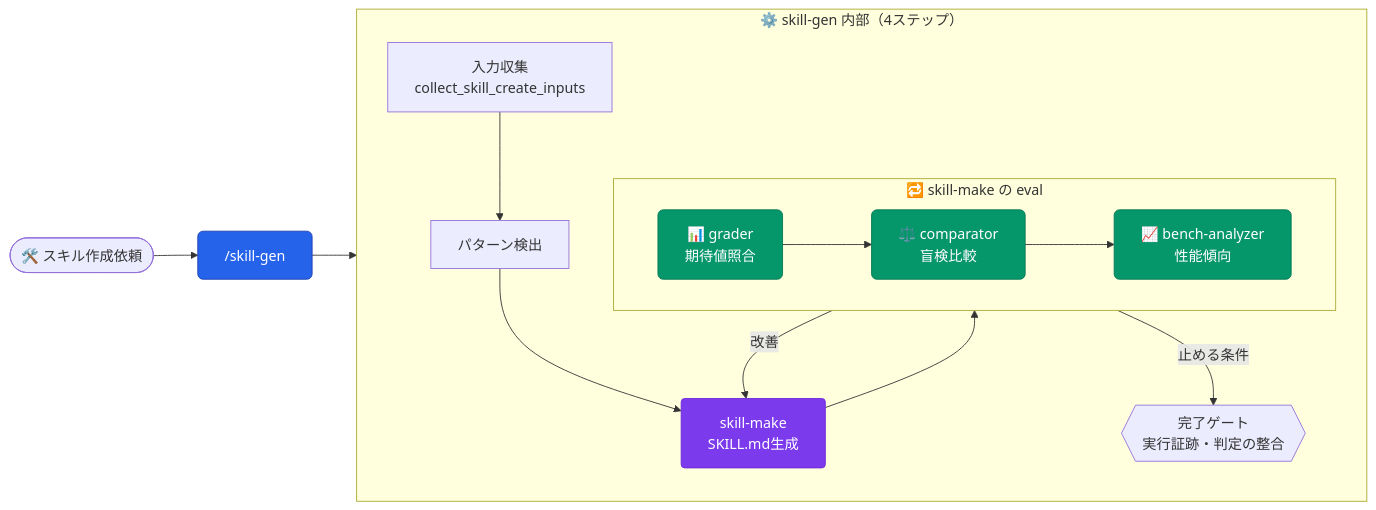
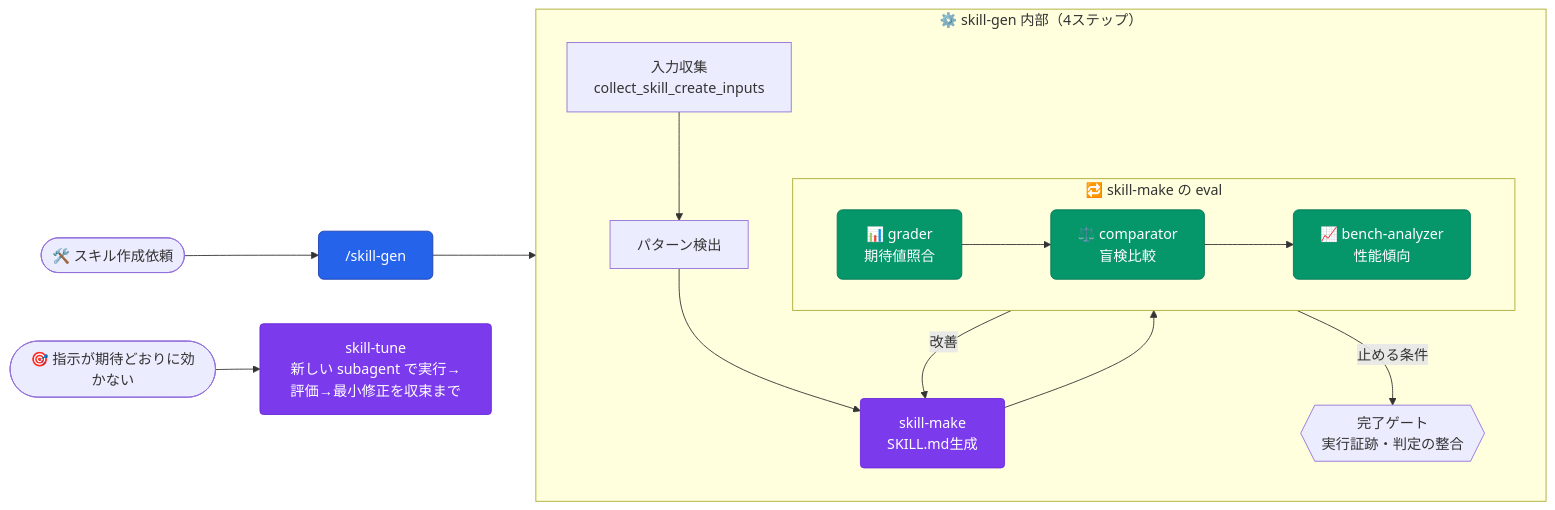
One commit to aokumablue/claq changed diagram 14 of 21 in README.md. Above: the diagram before and after it, drawn with Mermaid. The commit also changed other lines of this file and 5 other files, not shown here.

First line of the commit message:
docs: README に skill-tune の経路を足し、消化済みの改善案を消し、テストの docstring と参照を直す

````diff
--- a/README.md
+++ b/README.md
@@ -594,26 +594,28 @@
 ```mermaid
 flowchart LR
   classDef cmd    fill:#2563eb,stroke:#1e40af,color:#fff,rx:6
   classDef agent  fill:#059669,stroke:#047857,color:#fff,rx:6
   classDef skill  fill:#7c3aed,stroke:#6d28d9,color:#fff,rx:4
 
   U(["🛠️ スキル作成依頼"]) --> CSG["/skill-gen"]:::cmd
 
   subgraph skillgen["⚙️ skill-gen 内部（4ステップ）"]
     direction TB
     COL["入力収集<br/>collect_skill_create_inputs"] --> PAT["パターン検出"]
     PAT --> SM["skill-make<br/>SKILL.md生成"]:::skill
 
     subgraph loop["🔁 skill-make の eval"]
       direction LR
       AG["📊 grader<br/>期待値照合"]:::agent --> AC["⚖️ comparator<br/>盲検比較"]:::agent
       AC --> AA["📈 bench-analyzer<br/>性能傾向"]:::agent
     end
 
     SM --> loop
     loop -->|"改善"| SM
     loop -->|"止める条件"| GATE{{"完了ゲート<br/>実行証跡・判定の整合"}}
   end
 
   CSG --> skillgen
+
+  U2(["🎯 指示が期待どおりに効かない"]) --> ST["skill-tune<br/>新しい subagent で実行→評価→最小修正を収束まで"]:::skill
 ```
````
